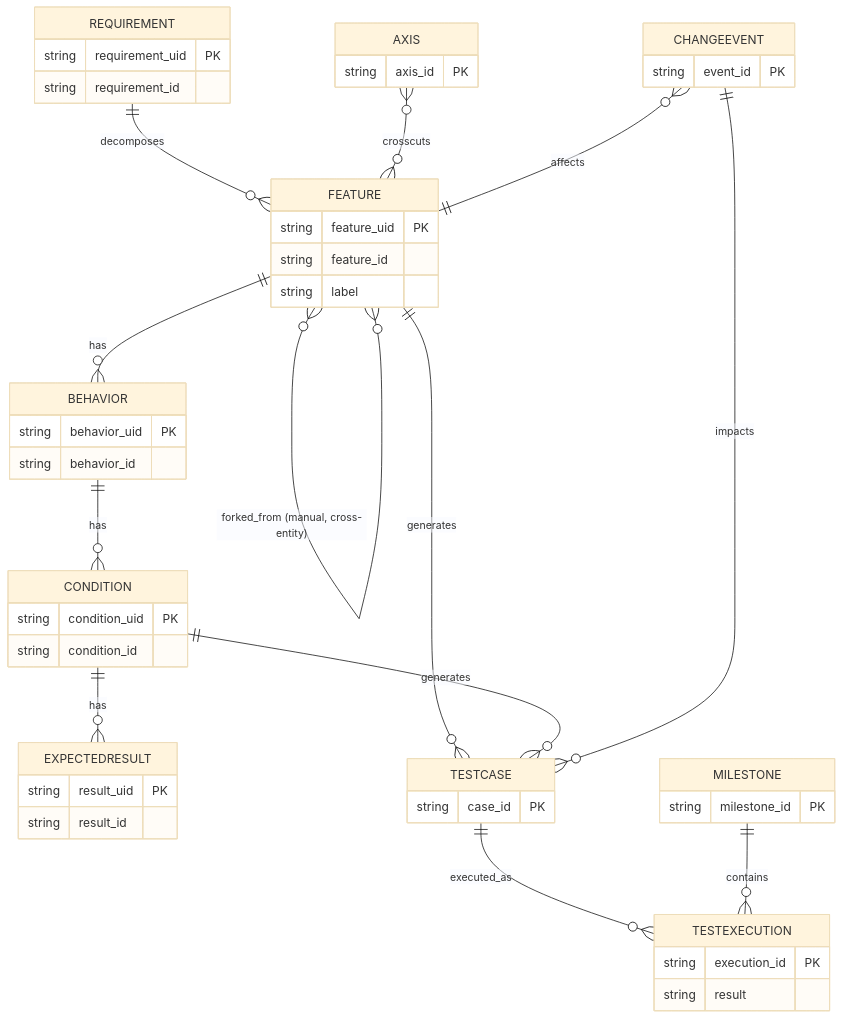
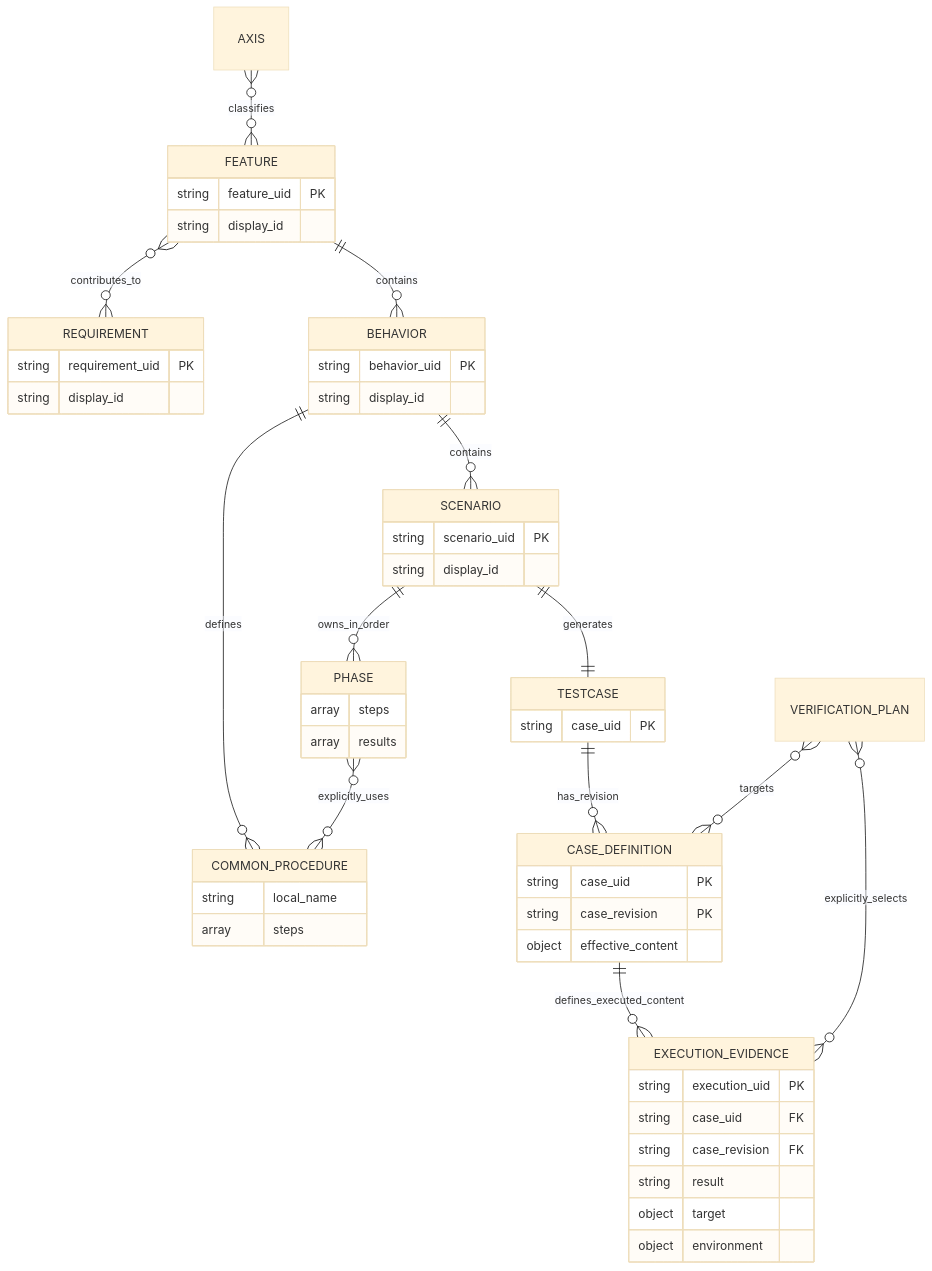
The second of 3 diagrams in docs/ja/テスト知識管理のGit-nativeモデル_統合版.md (markharness/markharness), drawn with Mermaid (base theme) before and after one commit. The commit also changed other lines of this file and 61 other files, not shown here.

````diff
--- a/docs/ja/テスト知識管理のGit-nativeモデル_統合版.md
+++ b/docs/ja/テスト知識管理のGit-nativeモデル_統合版.md
@@ -200,34 +82,56 @@
 ```mermaid
 erDiagram
-  REQUIREMENT ||--o{ FEATURE : decomposes
-  FEATURE ||--o{ FEATURE : "derived_from (derived per-milestone from ChangeEvent tree-sha diff; not a persisted DAG edge)"
-  FEATURE }o--o{ FEATURE : "forked_from (manual, cross-entity)"
-  FEATURE ||--o{ BEHAVIOR : has
-  BEHAVIOR ||--o{ CONDITION : has
-  CONDITION ||--o{ EXPECTEDRESULT : has
-  AXIS }o--o{ FEATURE : crosscuts
-  FEATURE ||--o{ TESTCASE : generates
-  CONDITION ||--o{ TESTCASE : generates
-  TESTCASE ||--o{ TESTEXECUTION : executed_as
-  MILESTONE ||--o{ TESTEXECUTION : contains
-  CHANGEEVENT }o--|| FEATURE : affects
-  CHANGEEVENT ||--o{ TESTCASE : impacts
+  FEATURE }o--o{ REQUIREMENT : contributes_to
+  AXIS }o--o{ FEATURE : classifies
+  FEATURE ||--o{ BEHAVIOR : contains
+  BEHAVIOR ||--o{ COMMON_PROCEDURE : defines
+  BEHAVIOR ||--o{ SCENARIO : contains
+  SCENARIO ||--o{ PHASE : owns_in_order
+  PHASE }o--o{ COMMON_PROCEDURE : explicitly_uses
+  SCENARIO ||--|| TESTCASE : generates
+  TESTCASE ||--o{ CASE_DEFINITION : has_revision
+  CASE_DEFINITION ||--o{ EXECUTION_EVIDENCE : defines_executed_content
+  VERIFICATION_PLAN }o--o{ CASE_DEFINITION : targets
+  VERIFICATION_PLAN }o--o{ EXECUTION_EVIDENCE : explicitly_selects
 
-  REQUIREMENT { string requirement_uid PK
-                string requirement_id }
-  FEATURE { string feature_uid PK
-            string feature_id
-            string label }
-  BEHAVIOR { string behavior_uid PK
-             string behavior_id }
-  CONDITION { string condition_uid PK
-              string condition_id }
-  EXPECTEDRESULT { string result_uid PK
-                   string result_id }
-  AXIS { string axis_id PK }
-  TESTCASE { string case_id PK }
-  TESTEXECUTION { string execution_id PK
-                  string result }
-  MILESTONE { string milestone_id PK }
-  CHANGEEVENT { string event_id PK }
+  REQUIREMENT {
+    string requirement_uid PK
+    string display_id
+  }
+  FEATURE {
+    string feature_uid PK
+    string display_id
+  }
+  BEHAVIOR {
+    string behavior_uid PK
+    string display_id
+  }
+  SCENARIO {
+    string scenario_uid PK
+    string display_id
+  }
+  PHASE {
+    array steps
+    array results
+  }
+  COMMON_PROCEDURE {
+    string local_name
+    array steps
+  }
+  TESTCASE {
+    string case_uid PK
+  }
+  CASE_DEFINITION {
+    string case_uid PK
+    string case_revision PK
+    object effective_content
+  }
+  EXECUTION_EVIDENCE {
+    string execution_uid PK
+    string case_uid FK
+    string case_revision FK
+    string result
+    object target
+    object environment
+  }
 ```
````
